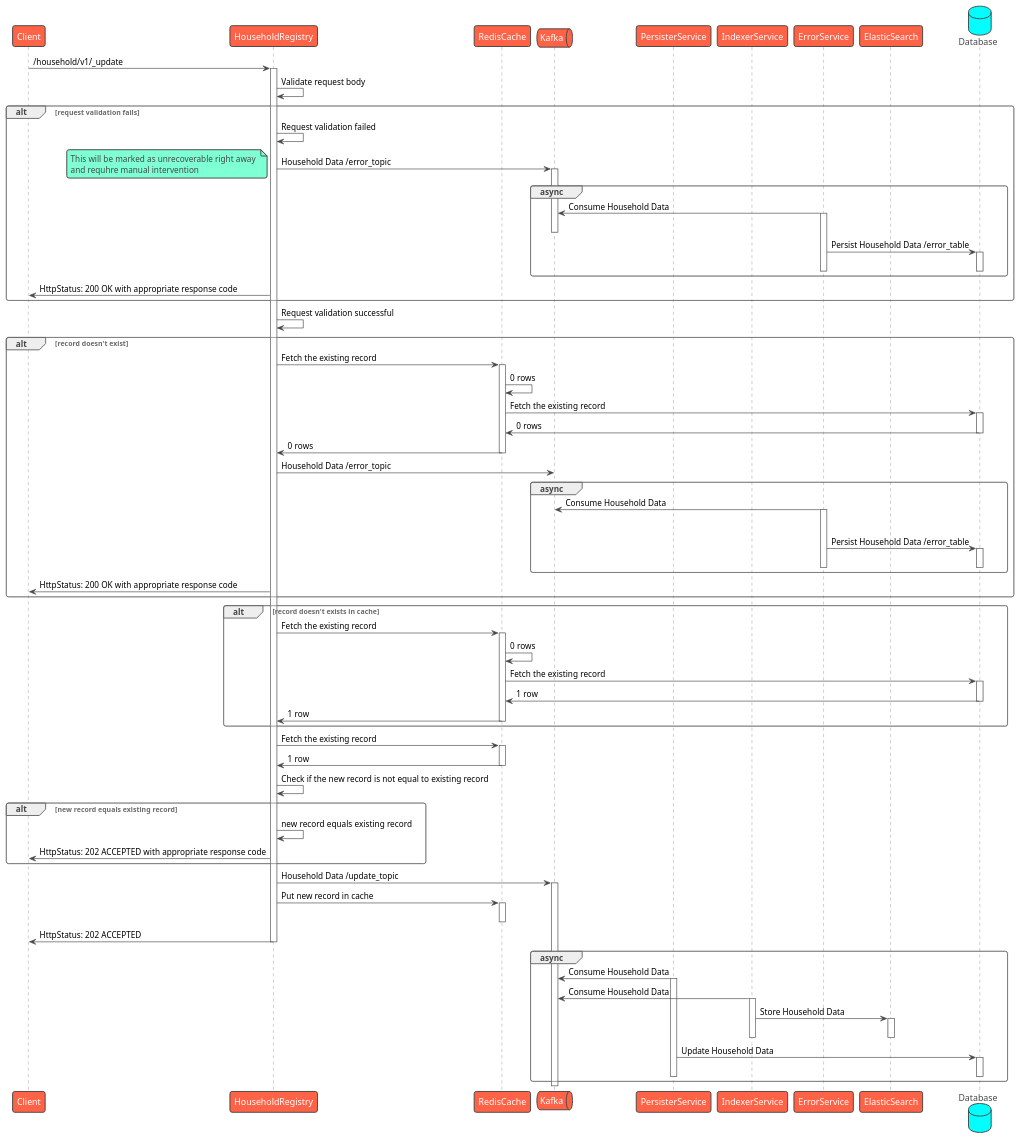
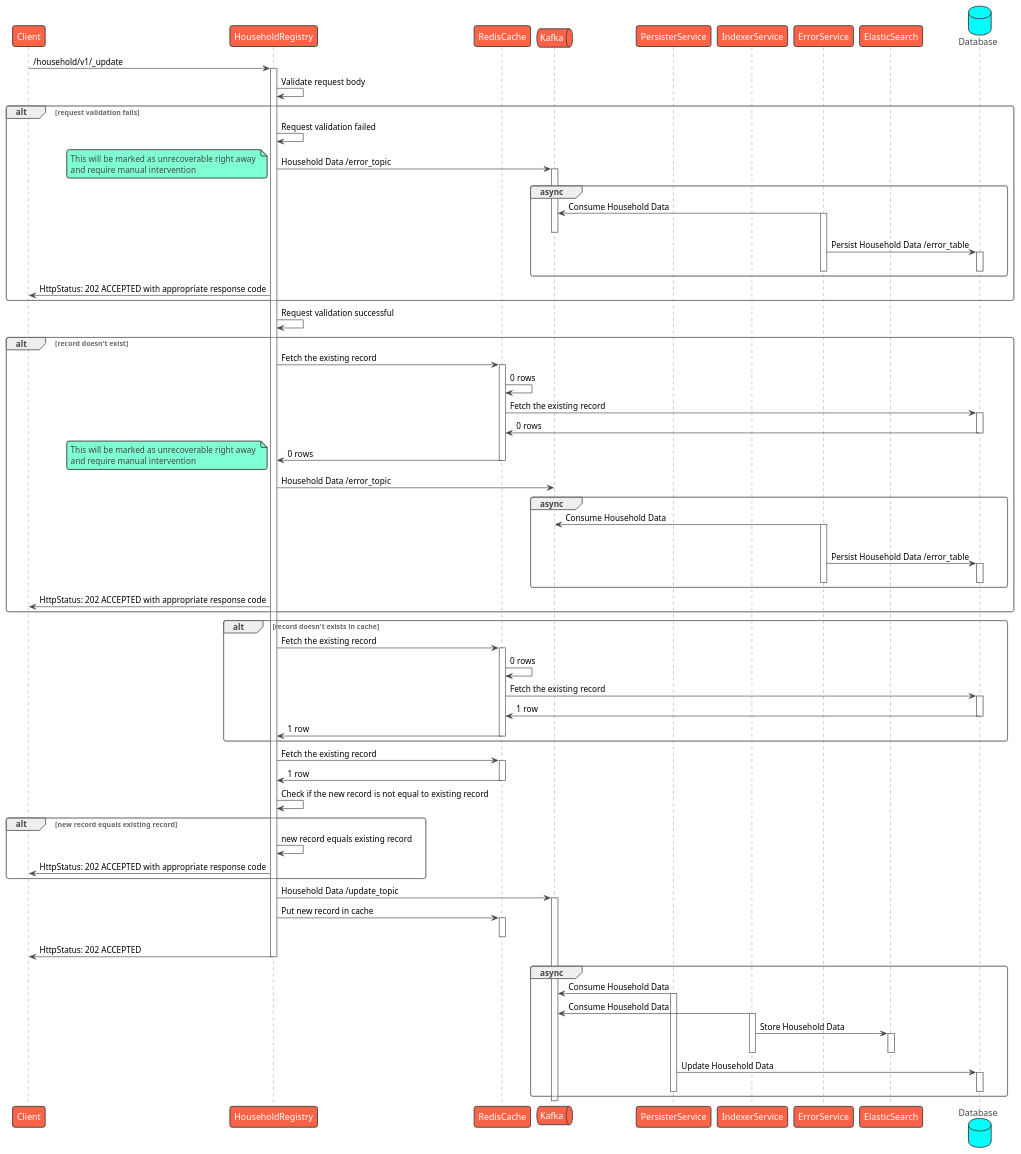
One commit to egovernments/health-api-specs changed the diagram in contracts/registries/household/sequence/update.puml. Above: the diagram before and after it, drawn with PlantUML. The commit also changed 3 other files, not shown here.

Commit message:
Sequence: Reverting back to 202 ACCEPTED

```diff
--- a/contracts/registries/household/sequence/update.puml
+++ b/contracts/registries/household/sequence/update.puml
@@ -1,99 +1,103 @@
 @startuml Household Registry - Update
 !theme vibrant
 participant Client as c
 participant HouseholdRegistry as hr
 participant RedisCache as rc
 queue Kafka as k
 participant PersisterService as prs
 participant IndexerService as idx
 participant ErrorService as es
 participant ElasticSearch as el
 database Database as db
 c -> hr : /household/v1/_update
 activate hr
 hr -> hr: Validate request body
 alt request validation fails
     hr -> hr: Request validation failed
     hr -> k: Household Data /error_topic
     note left
         This will be marked as unrecoverable right away 
-        and requhre manual intervention
+        and require manual intervention
     end note
     activate k
     group async
         es -> k: Consume Household Data
         activate es
         deactivate k
         es -> db: Persist Household Data /error_table
         activate db
         deactivate db
         deactivate es
     end
-    hr -> c: HttpStatus: 200 OK with appropriate response code
+    hr -> c: HttpStatus: 202 ACCEPTED with appropriate response code
 end
 hr -> hr: Request validation successful
 alt record doesn't exist
     hr -> rc: Fetch the existing record
     activate rc
     rc -> rc: 0 rows
     rc -> db: Fetch the existing record
     activate db
     db -> rc: 0 rows
     deactivate db
     rc -> hr: 0 rows
     deactivate rc
+    note left
+        This will be marked as unrecoverable right away 
+        and require manual intervention
+    end note
     hr -> k: Household Data /error_topic
     group async
         es -> k: Consume Household Data
         activate es
         deactivate k
         es -> db: Persist Household Data /error_table
         activate db
         deactivate db
         deactivate es
     end
-    hr -> c: HttpStatus: 200 OK with appropriate response code
+    hr -> c: HttpStatus: 202 ACCEPTED with appropriate response code
 end
 alt record doesn't exists in cache
     hr -> rc: Fetch the existing record
     activate rc
     rc -> rc: 0 rows
     rc -> db: Fetch the existing record
     activate db
     db -> rc: 1 row
     deactivate db
     rc -> hr: 1 row
     deactivate rc
 end
 hr -> rc: Fetch the existing record
 activate rc
 rc -> hr: 1 row
 deactivate rc
 hr -> hr: Check if the new record is not equal to existing record
 alt new record equals existing record
     hr -> hr: new record equals existing record
     hr -> c: HttpStatus: 202 ACCEPTED with appropriate response code
 end
 hr -> k: Household Data /update_topic
 activate k
 hr -> rc: Put new record in cache
 activate rc
 deactivate rc
 hr -> c: HttpStatus: 202 ACCEPTED
 deactivate hr
 group async
     prs -> k: Consume Household Data
     activate prs
     idx -> k: Consume Household Data
     activate idx
     idx -> el: Store Household Data
     activate el
     deactivate el
     deactivate idx
     prs -> db: Update Household Data
     activate db
     deactivate db
     deactivate prs
 end
 deactivate k
 @enduml
```
